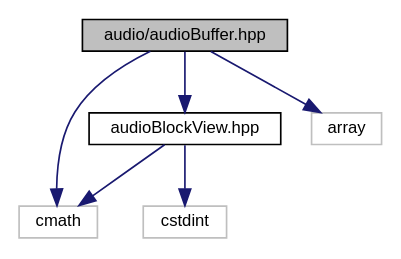
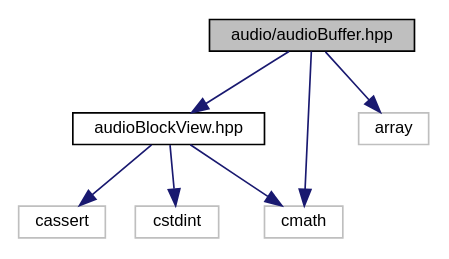
One commit to AkiyukiOkayasu/ame changed the diagram in docs/audio_buffer_8hpp__incl.dot. Above: the diagram before and after it, drawn with Graphviz. The commit also changed 87 other files, not shown here.

```diff
--- a/docs/audio_buffer_8hpp__incl.dot
+++ b/docs/audio_buffer_8hpp__incl.dot
@@ -1,16 +1,18 @@
 digraph "audio/audioBuffer.hpp"
 {
  // LATEX_PDF_SIZE
   edge [fontname="Helvetica",fontsize="10",labelfontname="Helvetica",labelfontsize="10"];
   node [fontname="Helvetica",fontsize="10",shape=record];
   Node1 [label="audio/audioBuffer.hpp",height=0.2,width=0.4,color="black", fillcolor="grey75", style="filled", fontcolor="black",tooltip="Audio buffer."];
   Node1 -> Node2 [color="midnightblue",fontsize="10",style="solid",fontname="Helvetica"];
   Node2 [label="audioBlockView.hpp",height=0.2,width=0.4,color="black", fillcolor="white", style="filled",URL="$audio_block_view_8hpp.html",tooltip="Audio Block View."];
   Node2 -> Node3 [color="midnightblue",fontsize="10",style="solid",fontname="Helvetica"];
-  Node3 [label="cmath",height=0.2,width=0.4,color="grey75", fillcolor="white", style="filled",tooltip=" "];
+  Node3 [label="cassert",height=0.2,width=0.4,color="grey75", fillcolor="white", style="filled",tooltip=" "];
   Node2 -> Node4 [color="midnightblue",fontsize="10",style="solid",fontname="Helvetica"];
-  Node4 [label="cstdint",height=0.2,width=0.4,color="grey75", fillcolor="white", style="filled",tooltip=" "];
-  Node1 -> Node5 [color="midnightblue",fontsize="10",style="solid",fontname="Helvetica"];
-  Node5 [label="array",height=0.2,width=0.4,color="grey75", fillcolor="white", style="filled",tooltip=" "];
-  Node1 -> Node3 [color="midnightblue",fontsize="10",style="solid",fontname="Helvetica"];
+  Node4 [label="cmath",height=0.2,width=0.4,color="grey75", fillcolor="white", style="filled",tooltip=" "];
+  Node2 -> Node5 [color="midnightblue",fontsize="10",style="solid",fontname="Helvetica"];
+  Node5 [label="cstdint",height=0.2,width=0.4,color="grey75", fillcolor="white", style="filled",tooltip=" "];
+  Node1 -> Node6 [color="midnightblue",fontsize="10",style="solid",fontname="Helvetica"];
+  Node6 [label="array",height=0.2,width=0.4,color="grey75", fillcolor="white", style="filled",tooltip=" "];
+  Node1 -> Node4 [color="midnightblue",fontsize="10",style="solid",fontname="Helvetica"];
 }
```
